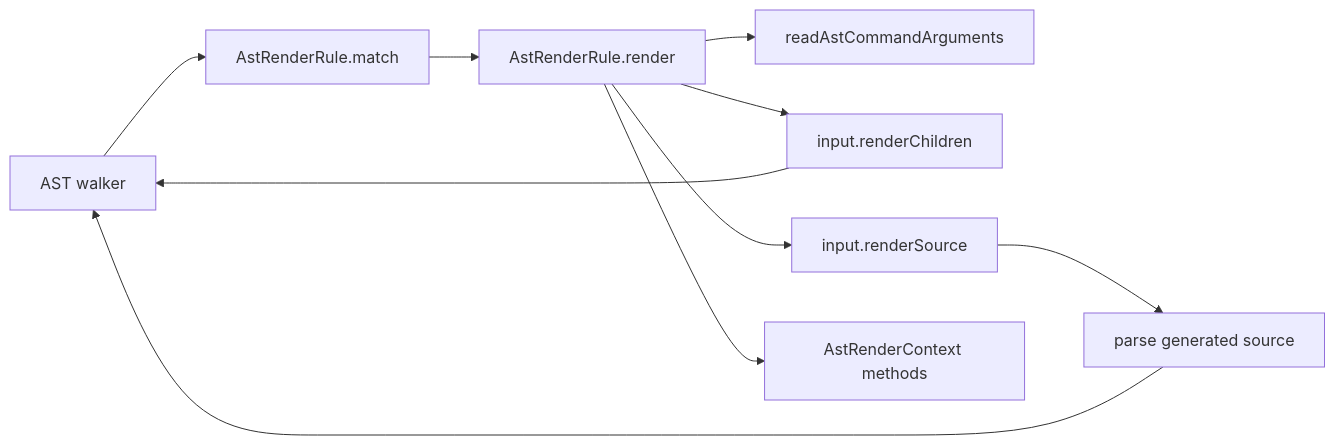
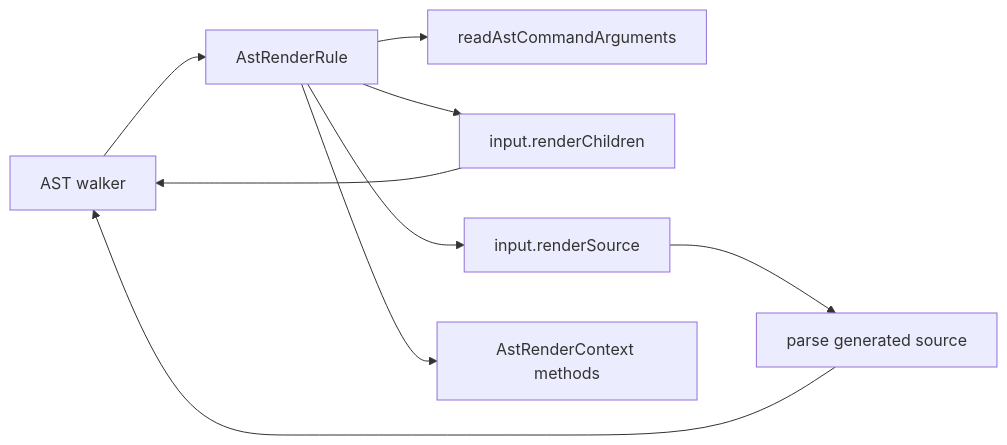
Before and after one commit to qianchd/SnapTeX: the fourth of 6 diagrams in docs/extending/api/call-relationships.md, drawn with Mermaid. The commit also changed other lines of this file and 42 other files, not shown here.

Commit message:
docs: refresh architecture and extension API guidance

````diff
--- a/docs/extending/api/call-relationships.md
+++ b/docs/extending/api/call-relationships.md
@@ -89,12 +89,11 @@
 ```mermaid
 flowchart LR
-    W["AST walker"] --> MATCH["AstRenderRule.match"]
-    MATCH --> RENDER["AstRenderRule.render"]
+    W["AST walker"] --> RENDER["AstRenderRule"]
     RENDER --> ARGS["readAstCommandArguments"]
     RENDER --> CHILD["input.renderChildren"]
     RENDER --> SOURCE["input.renderSource"]
     CHILD --> W
     SOURCE --> PARSE["parse generated source"]
     PARSE --> W
     RENDER --> CTX["AstRenderContext methods"]
 ```
````
